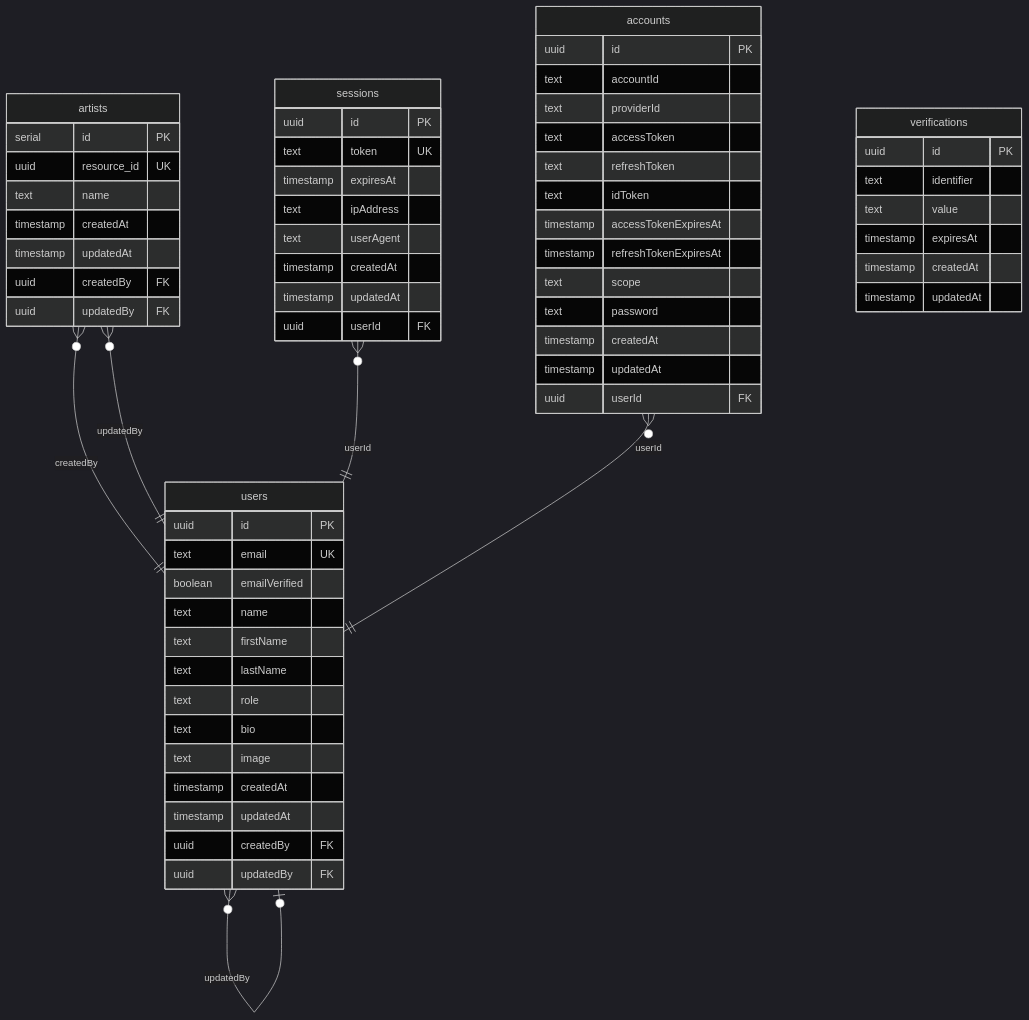
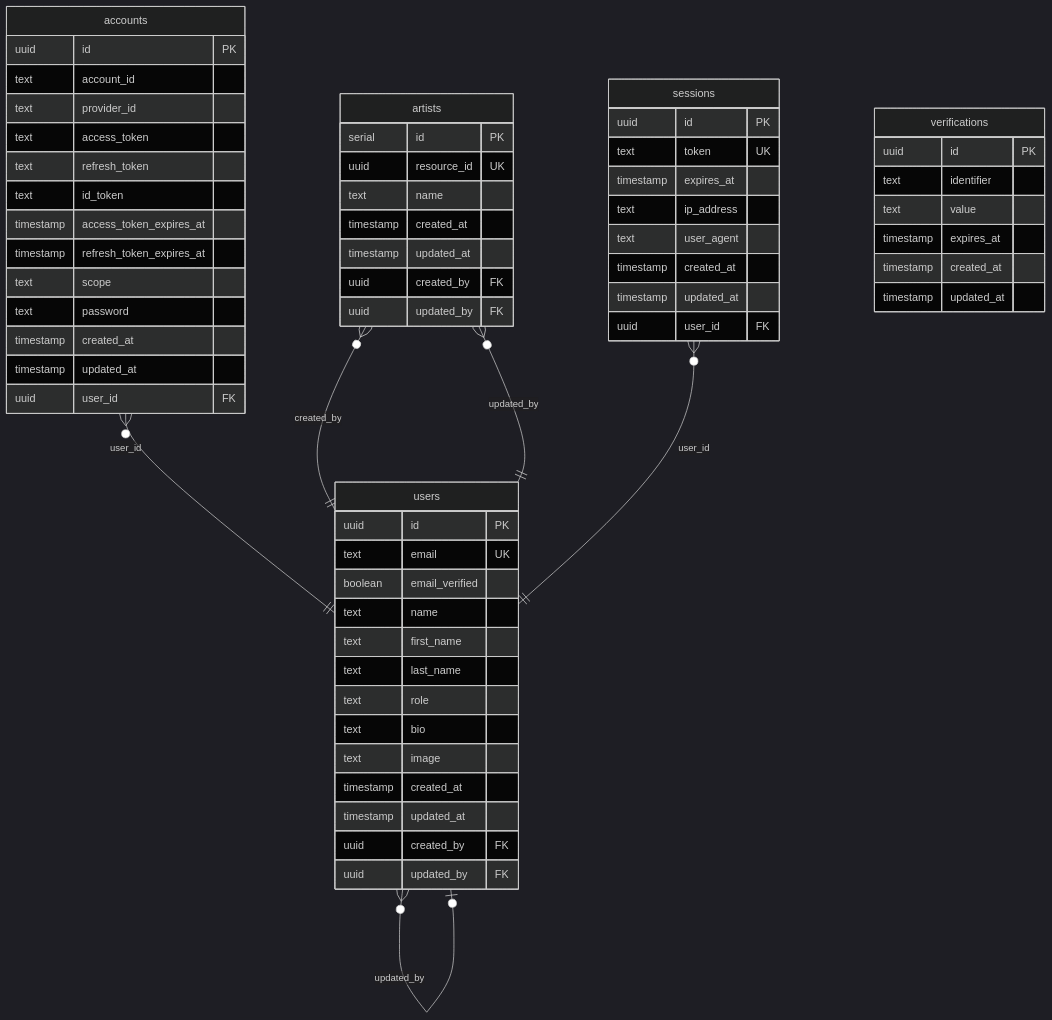
Before and after one commit to gleneseo/song-lists: the diagram in docs/db/schema.md, drawn with Mermaid (dark theme). The commit also changed other lines of this file and 4 other files, not shown here.

````diff
--- a/docs/db/schema.md
+++ b/docs/db/schema.md
@@ -183,67 +183,67 @@
 ```mermaid
 erDiagram
-    users }o--o| users : "createdBy"
-    users }o--o| users : "updatedBy"
-    artists }o--|| users : "createdBy"
-    artists }o--|| users : "updatedBy"
-    sessions }o--|| users : "userId"
-    accounts }o--|| users : "userId"
+    accounts }o--|| users : "user_id"
+    artists }o--|| users : "created_by"
+    artists }o--|| users : "updated_by"
+    sessions }o--|| users : "user_id"
+    users }o--o| users : "created_by"
+    users }o--o| users : "updated_by"
 
     accounts {
         uuid id PK
-        text accountId
-        text providerId
-        text accessToken
-        text refreshToken
-        text idToken
-        timestamp accessTokenExpiresAt
-        timestamp refreshTokenExpiresAt
+        text account_id
+        text provider_id
+        text access_token
+        text refresh_token
+        text id_token
+        timestamp access_token_expires_at
+        timestamp refresh_token_expires_at
         text scope
         text password
-        timestamp createdAt
-        timestamp updatedAt
-        uuid userId FK
+        timestamp created_at
+        timestamp updated_at
+        uuid user_id FK
     }
     artists {
         serial id PK
         uuid resource_id UK
         text name
-        timestamp createdAt
-        timestamp updatedAt
-        uuid createdBy FK
-        uuid updatedBy FK
+        timestamp created_at
+        timestamp updated_at
+        uuid created_by FK
+        uuid updated_by FK
     }
     sessions {
         uuid id PK
         text token UK
-        timestamp expiresAt
-        text ipAddress
-        text userAgent
-        timestamp createdAt
-        timestamp updatedAt
-        uuid userId FK
+        timestamp expires_at
+        text ip_address
+        text user_agent
+        timestamp created_at
+        timestamp updated_at
+        uuid user_id FK
     }
     users {
         uuid id PK
         text email UK
-        boolean emailVerified
+        boolean email_verified
         text name
-        text firstName
-        text lastName
+        text first_name
+        text last_name
         text role
         text bio
         text image
-        timestamp createdAt
-        timestamp updatedAt
-        uuid createdBy FK
-        uuid updatedBy FK
+        timestamp created_at
+        timestamp updated_at
+        uuid created_by FK
+        uuid updated_by FK
     }
     verifications {
         uuid id PK
         text identifier
         text value
-        timestamp expiresAt
-        timestamp createdAt
-        timestamp updatedAt
+        timestamp expires_at
+        timestamp created_at
+        timestamp updated_at
     }
 ```
````
